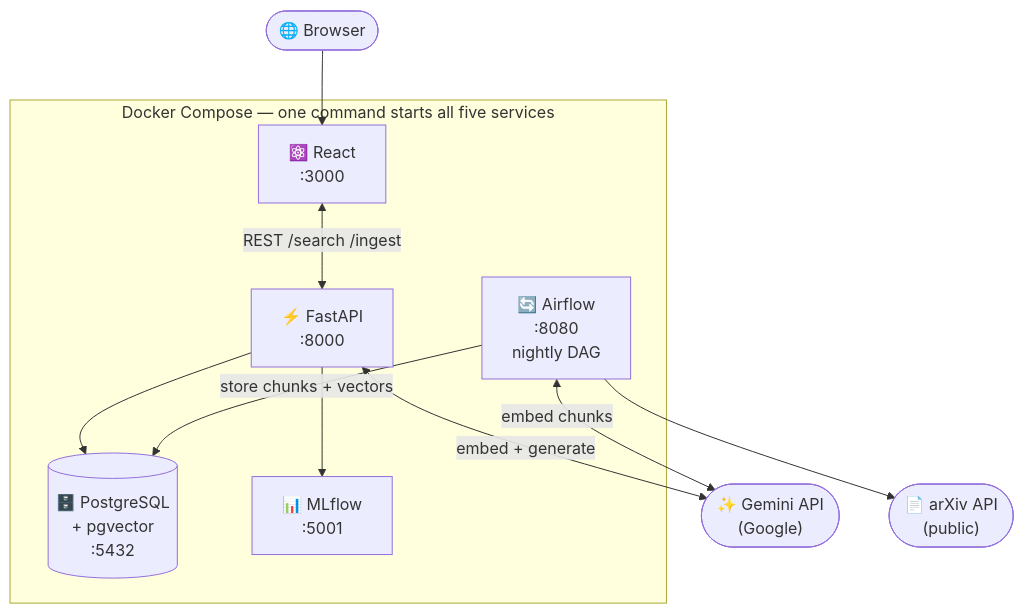
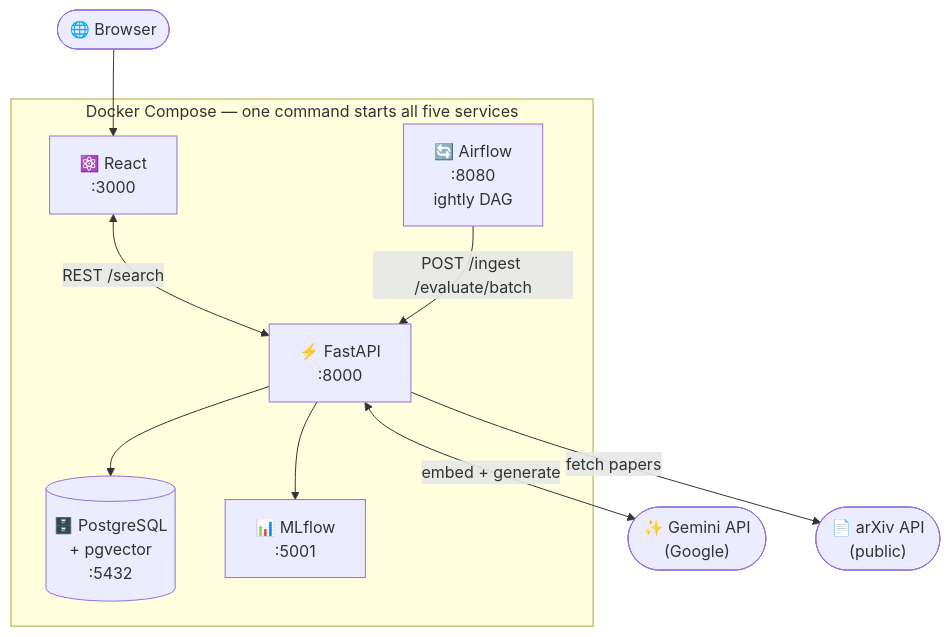
The first of 3 diagrams in README.md (dingzehu/arxiv-rag), drawn with Mermaid before and after one commit. The commit also changed other lines of this file, not shown here.

````diff
--- a/README.md
+++ b/README.md
@@ -23,24 +23,23 @@
 ```mermaid
 flowchart TB
     Browser(["🌐 Browser"])
 
     subgraph docker["Docker Compose — one command starts all five services"]
         React["⚛️ React\n:3000"]
         FastAPI["⚡ FastAPI\n:8000"]
         PG[("🗄️ PostgreSQL\n+ pgvector\n:5432")]
         MLflow["📊 MLflow\n:5001"]
-        Airflow["🔄 Airflow\n:8080\nnightly DAG"]
+        Airflow["🔄 Airflow\n:8080\nightly DAG"]
     end
 
     Gemini(["✨ Gemini API\n(Google)"])
     arXiv(["📄 arXiv API\n(public)"])
 
     Browser --> React
-    React <-->|"REST /search /ingest"| FastAPI
+    React <-->|"REST /search"| FastAPI
     FastAPI --> PG
     FastAPI --> MLflow
     FastAPI <-->|"embed + generate"| Gemini
-    Airflow -->|"store chunks + vectors"| PG
-    Airflow --> arXiv
-    Airflow <-->|"embed chunks"| Gemini
+    FastAPI -->|"fetch papers"| arXiv
+    Airflow -->|"POST /ingest /evaluate/batch"| FastAPI
 ```
````
